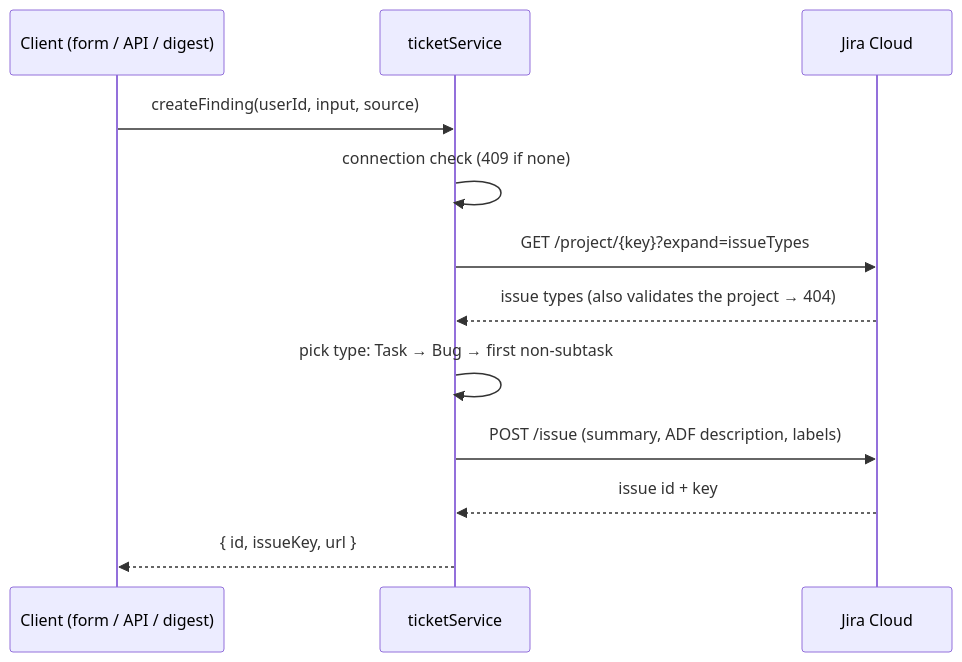
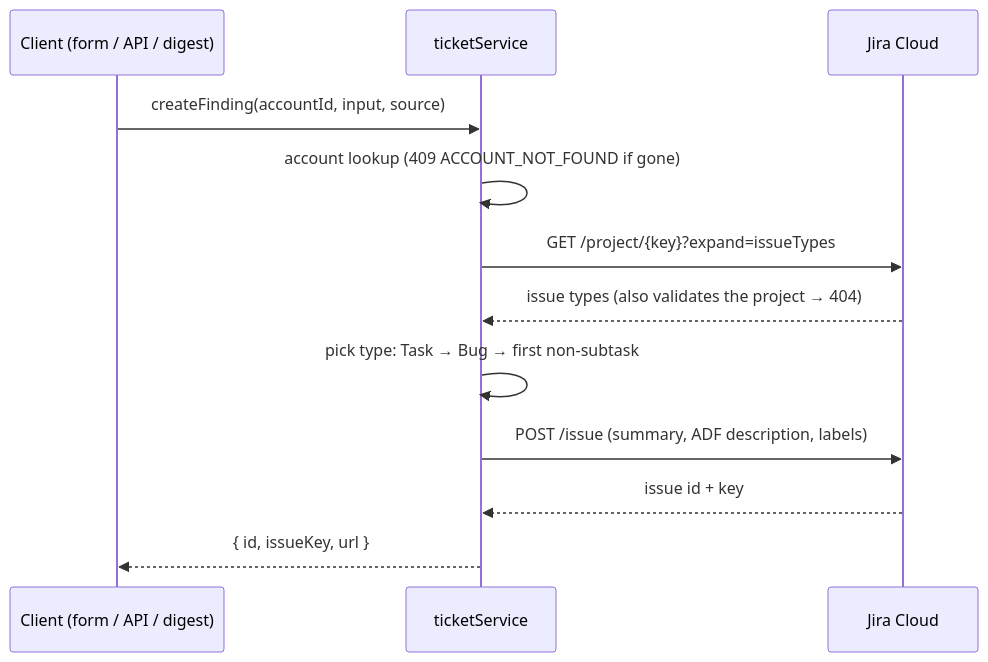
Before and after one commit to lerman01/IdentityHub: the third of 4 diagrams in docs/ARCHITECTURE.md, drawn with Mermaid. The commit also changed other lines of this file and 6 other files, not shown here.

````diff
--- a/docs/ARCHITECTURE.md
+++ b/docs/ARCHITECTURE.md
@@ -96,15 +96,15 @@
 ```mermaid
 sequenceDiagram
     participant C as Client (form / API / digest)
     participant T as ticketService
     participant J as Jira Cloud
 
-    C->>T: createFinding(userId, input, source)
-    T->>T: connection check (409 if none)
+    C->>T: createFinding(accountId, input, source)
+    T->>T: account lookup (409 ACCOUNT_NOT_FOUND if gone)
     T->>J: GET /project/{key}?expand=issueTypes
     J-->>T: issue types (also validates the project → 404)
     T->>T: pick type: Task → Bug → first non-subtask
     T->>J: POST /issue (summary, ADF description, labels)
     J-->>T: issue id + key
     T-->>C: { id, issueKey, url }
 ```
````
